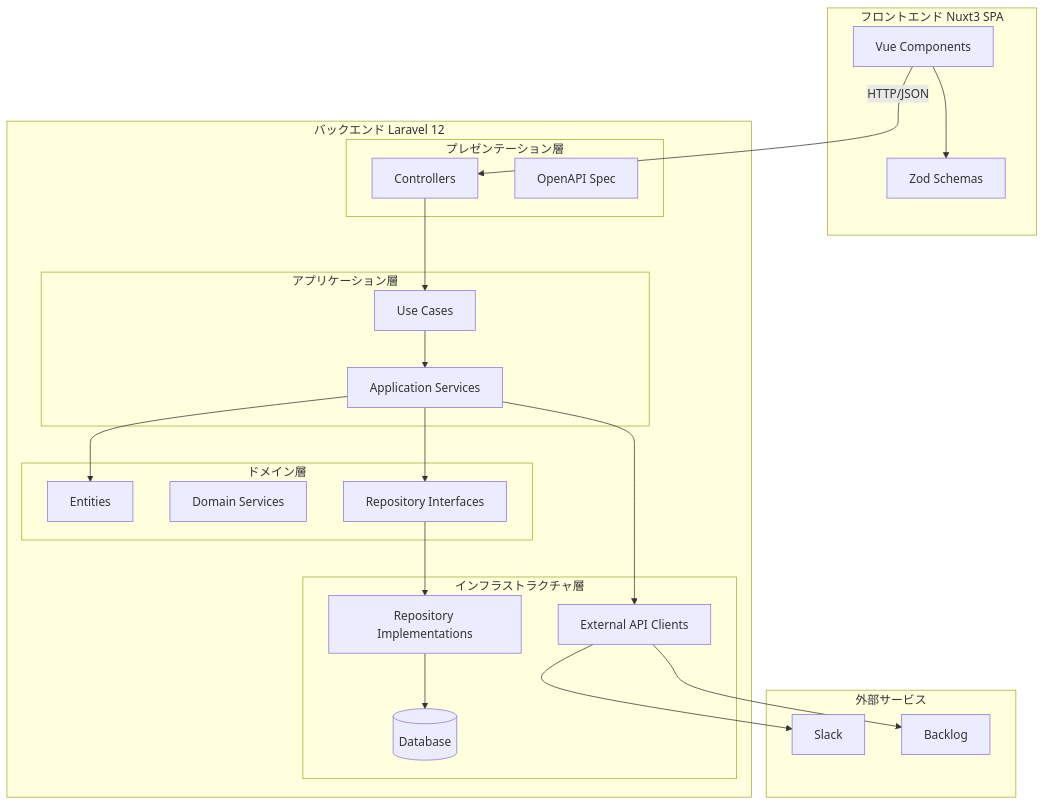
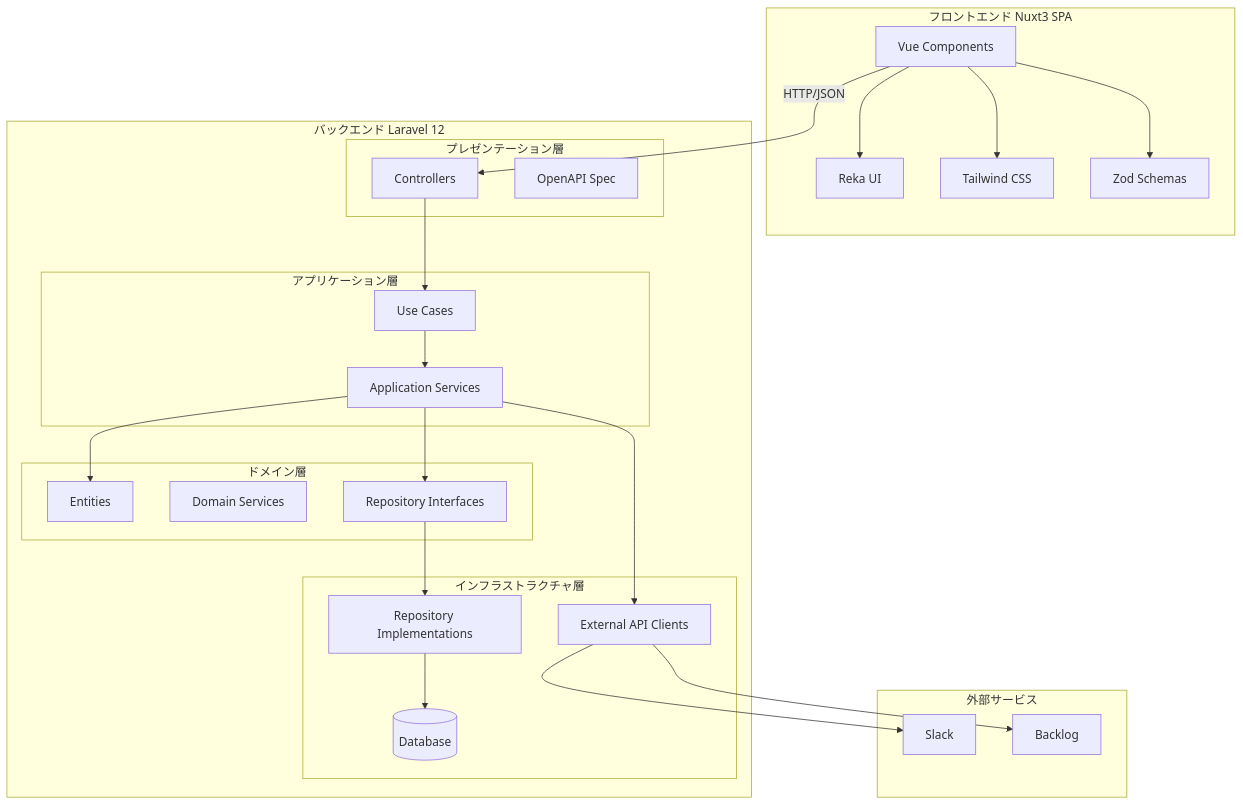
One commit to tdiccccc/task_sync changed the first of 3 diagrams in document/Architecture.md. Above: the diagram before and after it, drawn with Mermaid. The commit also changed other lines of this file and 1 other file, not shown here.

````diff
--- a/document/Architecture.md
+++ b/document/Architecture.md
@@ -5,48 +49,52 @@
 ```mermaid
 graph TB
     subgraph External["外部サービス"]
         Slack[Slack]
         Backlog[Backlog]
     end
 
     subgraph Frontend["フロントエンド Nuxt3 SPA"]
         Vue[Vue Components]
+        RekaUI[Reka UI]
+        TailwindCSS[Tailwind CSS]
         Zod[Zod Schemas]
+        Vue --> RekaUI
+        Vue --> TailwindCSS
         Vue --> Zod
     end
 
     subgraph Backend["バックエンド Laravel 12"]
         subgraph Presentation["プレゼンテーション層"]
             Controllers[Controllers]
             OpenAPI[OpenAPI Spec]
         end
 
         subgraph Application["アプリケーション層"]
             UseCases[Use Cases]
             Services[Application Services]
         end
 
         subgraph Domain["ドメイン層"]
             Entities[Entities]
             DomainServices[Domain Services]
             Repositories[Repository Interfaces]
         end
 
         subgraph Infrastructure["インフラストラクチャ層"]
             RepoImpl[Repository Implementations]
             ExternalAPI[External API Clients]
             DB[(Database)]
         end
     end
 
     Vue -->|HTTP/JSON| Controllers
     Controllers --> UseCases
     UseCases --> Services
     Services --> Entities
     Services --> Repositories
     Repositories --> RepoImpl
     RepoImpl --> DB
     ExternalAPI --> Slack
     ExternalAPI --> Backlog
     Services --> ExternalAPI
 ```
````
